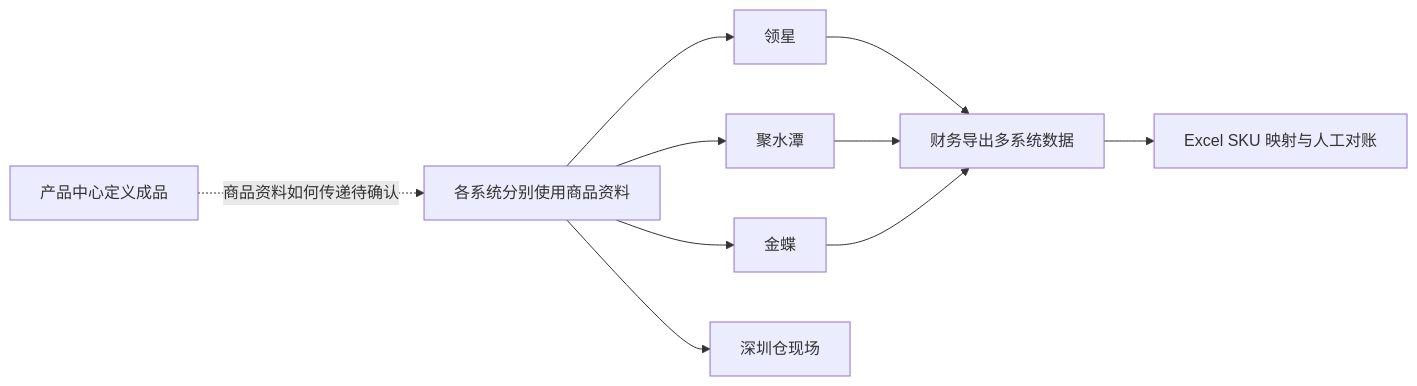
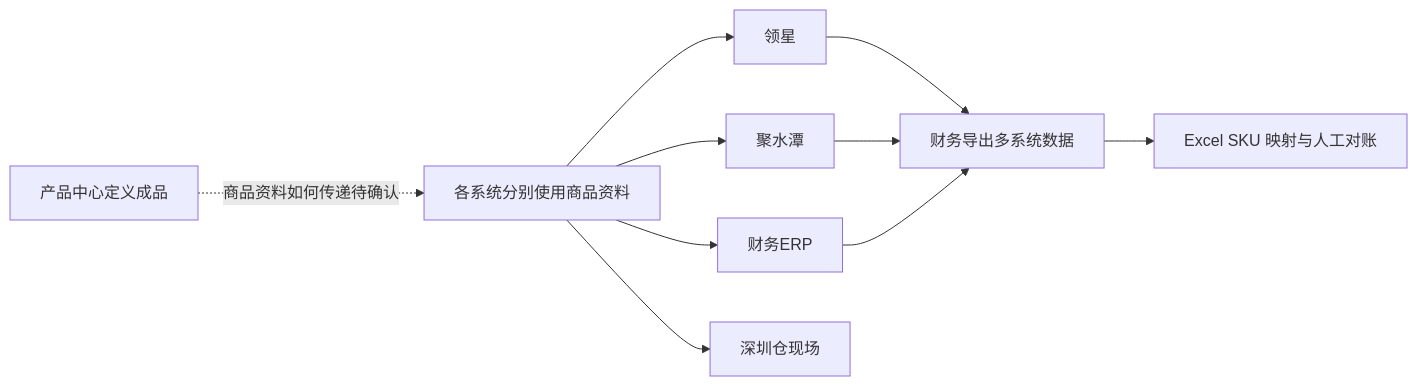
One commit to TopVitamin/QS-ERP-Project changed the diagram in 02-需求调研和分析/01-商品与主数据/商品与主数据需求调研.md. Above: the diagram before and after it, drawn with Mermaid. The commit also changed other lines of this file and 354 other files, not shown here.

````diff
--- a/02-需求调研和分析/01-商品与主数据/商品与主数据需求调研.md
+++ b/02-需求调研和分析/01-商品与主数据/商品与主数据需求调研.md
@@ -66,12 +66,12 @@
 ```mermaid
 flowchart LR
     A[产品中心定义成品] -.商品资料如何传递待确认.-> B[各系统分别使用商品资料]
     B --> B1[领星]
     B --> B2[聚水潭]
-    B --> B3[金蝶]
+    B --> B3[财务ERP]
     B --> B4[深圳仓现场]
     B1 --> C[财务导出多系统数据]
     B2 --> C
     B3 --> C
     C --> D[Excel SKU 映射与人工对账]
 ```
````
